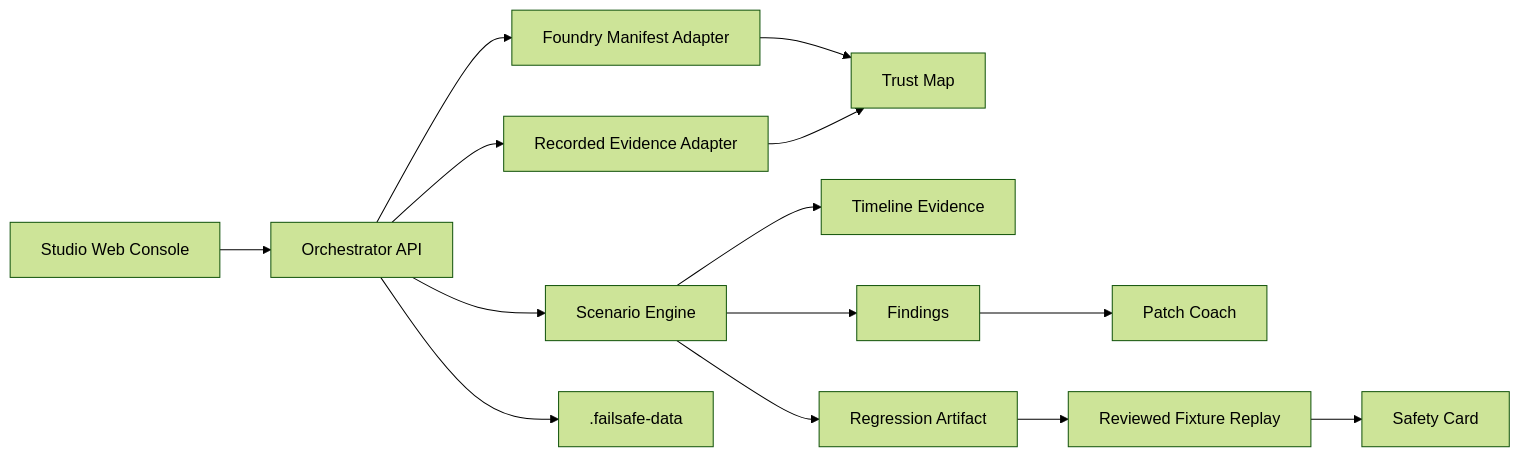
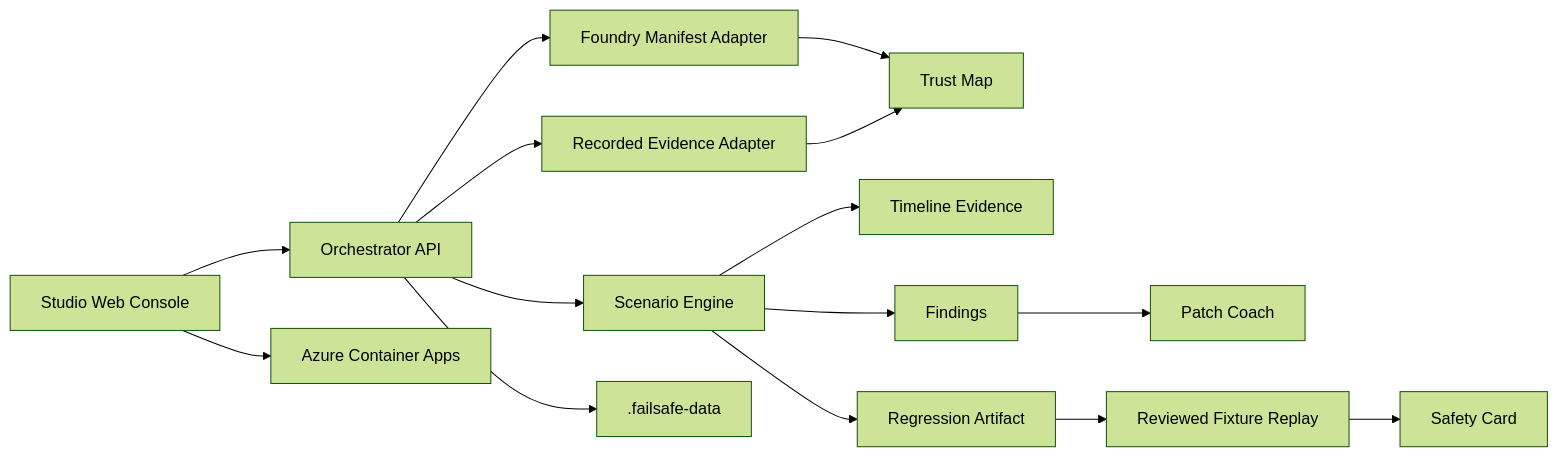
The diagram in docs/architecture.md (RandomEdge999/FailSafe), drawn with Mermaid (forest theme) before and after one commit. The commit also changed other lines of this file and 68 other files, not shown here.

````diff
--- a/docs/architecture.md
+++ b/docs/architecture.md
@@ -5,16 +5,17 @@
 ```mermaid
 flowchart LR
   Studio[Studio Web Console] --> API[Orchestrator API]
   API --> Foundry[Foundry Manifest Adapter]
   API --> Evidence[Recorded Evidence Adapter]
   API --> Engine[Scenario Engine]
   API --> Store[.failsafe-data]
   Foundry --> Trust[Trust Map]
   Evidence --> Trust
   Engine --> Timeline[Timeline Evidence]
   Engine --> Finding[Findings]
   Finding --> Patch[Patch Coach]
   Engine --> Regression[Regression Artifact]
   Regression --> Replay[Reviewed Fixture Replay]
   Replay --> Report[Safety Card]
+  Studio --> Azure[Azure Container Apps]
 ```
````
